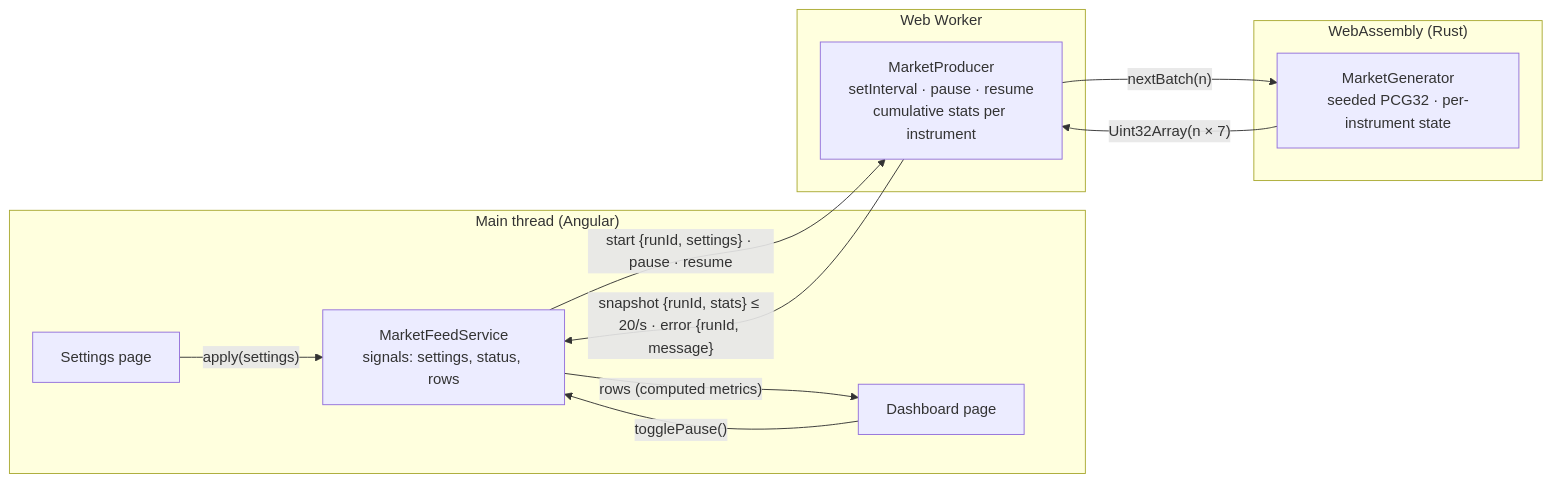
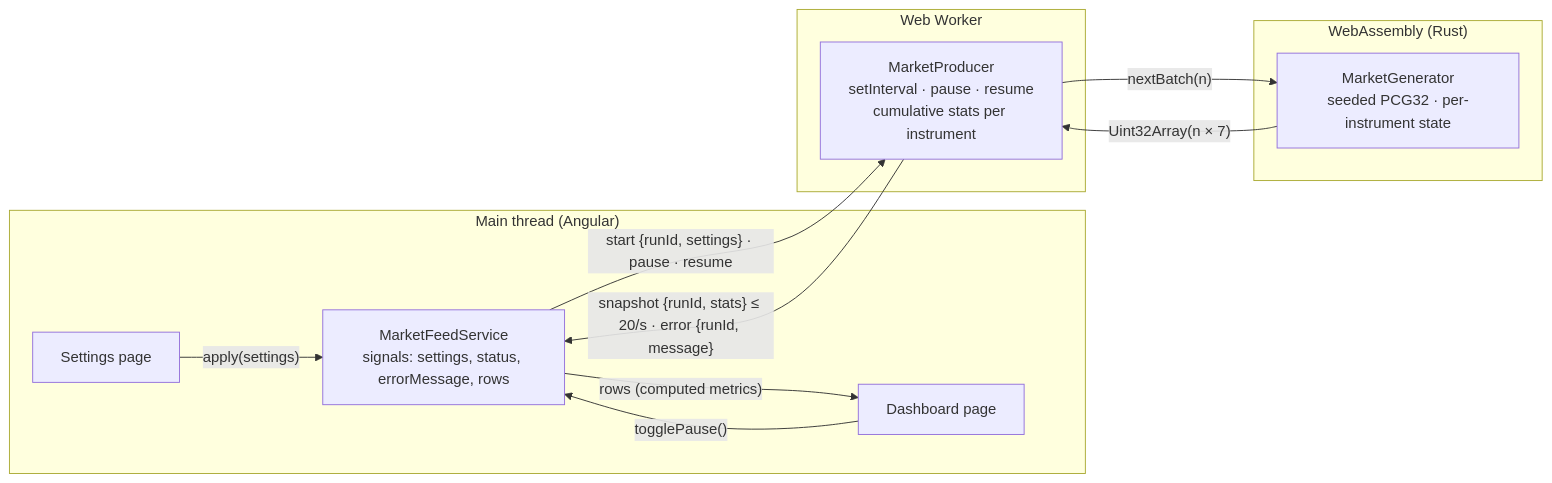
Before and after one commit to kiforks/realtime-fintech-dashboard: the diagram in README.md, drawn with Mermaid. The commit also changed other lines of this file, not shown here.

````diff
--- a/README.md
+++ b/README.md
@@ -24,18 +24,18 @@
 ```mermaid
 flowchart LR
   subgraph main["Main thread (Angular)"]
-    Settings["Settings page"] -- "apply(settings)" --> Feed["MarketFeedService<br/>signals: settings, status, rows"]
+    Settings["Settings page"] -- "apply(settings)" --> Feed["MarketFeedService<br/>signals: settings, status, errorMessage, rows"]
     Dashboard["Dashboard page"] -- "togglePause()" --> Feed
     Feed -- "rows (computed metrics)" --> Dashboard
   end
   subgraph worker["Web Worker"]
     Producer["MarketProducer<br/>setInterval · pause · resume<br/>cumulative stats per instrument"]
   end
   subgraph wasm["WebAssembly (Rust)"]
     Generator["MarketGenerator<br/>seeded PCG32 · per-instrument state"]
   end
   Feed -- "start {runId, settings} · pause · resume" --> Producer
   Producer -- "snapshot {runId, stats} ≤ 20/s · error {runId, message}" --> Feed
   Producer -- "nextBatch(n)" --> Generator
   Generator -- "Uint32Array(n × 7)" --> Producer
 ```
````
